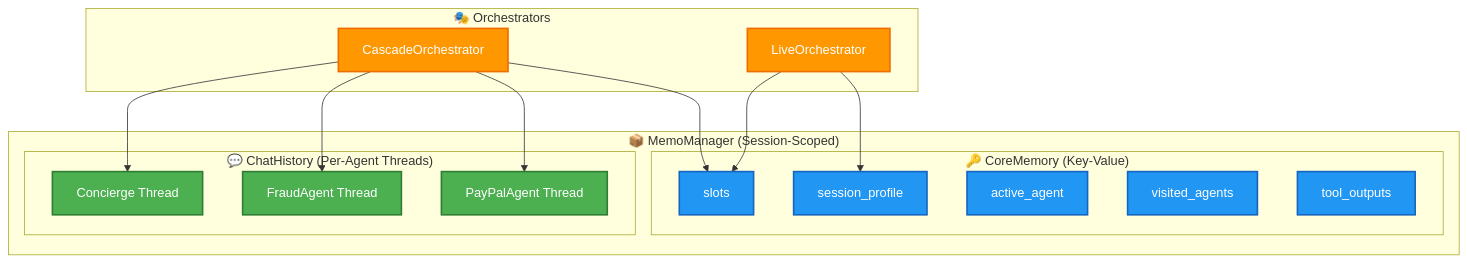
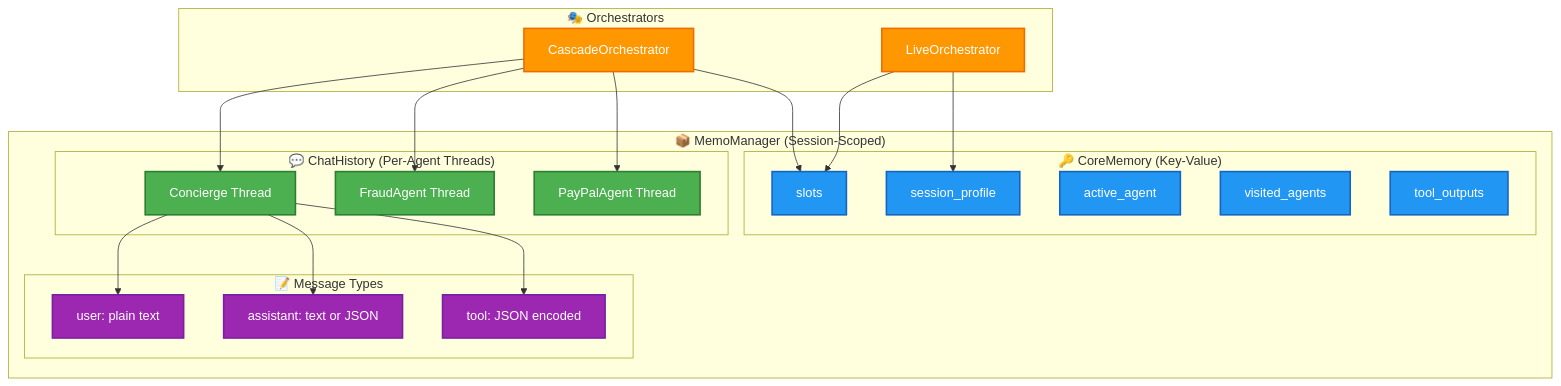
One commit to AIappsGBBFactory/art-voice-agent-accelerator changed the first of 2 diagrams in docs/architecture/memory-management-per-agent.md. Above: the diagram before and after it, drawn with Mermaid. The commit also changed other lines of this file and 1 other file, not shown here.

Commit message:
feat: Enhance message handling by persisting tool calls and results as JSON for conversation continuity

````diff
--- a/docs/architecture/memory-management-per-agent.md
+++ b/docs/architecture/memory-management-per-agent.md
@@ -109,38 +152,49 @@
 ```mermaid
 flowchart TD
     subgraph MemoManager ["📦 MemoManager (Session-Scoped)"]
         subgraph CoreMemory ["🔑 CoreMemory (Key-Value)"]
             A["slots"]
             B["session_profile"]
             C["active_agent"]
             D["visited_agents"]
             E["tool_outputs"]
         end
         
         subgraph ChatHistory ["💬 ChatHistory (Per-Agent Threads)"]
             F["Concierge Thread"]
             G["FraudAgent Thread"]
             H["PayPalAgent Thread"]
         end
+        
+        subgraph MessageTypes ["📝 Message Types"]
+            I["user: plain text"]
+            J["assistant: text or JSON"]
+            K["tool: JSON encoded"]
+        end
     end
     
     subgraph Orchestrators ["🎭 Orchestrators"]
-        I["CascadeOrchestrator"]
-        J["LiveOrchestrator"]
+        L["CascadeOrchestrator"]
+        M["LiveOrchestrator"]
     end
     
-    I --> F
-    I --> G
-    I --> H
-    I --> A
-    J --> A
-    J --> B
+    L --> F
+    L --> G
+    L --> H
+    L --> A
+    M --> A
+    M --> B
+    F --> I
+    F --> J
+    F --> K
     
     classDef coreNode fill:#2196F3,stroke:#1565C0,stroke-width:2px,color:#fff
     classDef historyNode fill:#4CAF50,stroke:#2E7D32,stroke-width:2px,color:#fff
     classDef orchNode fill:#FF9800,stroke:#EF6C00,stroke-width:2px,color:#fff
+    classDef msgNode fill:#9C27B0,stroke:#7B1FA2,stroke-width:2px,color:#fff
     
     class A,B,C,D,E coreNode
     class F,G,H historyNode
-    class I,J orchNode
+    class L,M orchNode
+    class I,J,K msgNode
 ```
````
